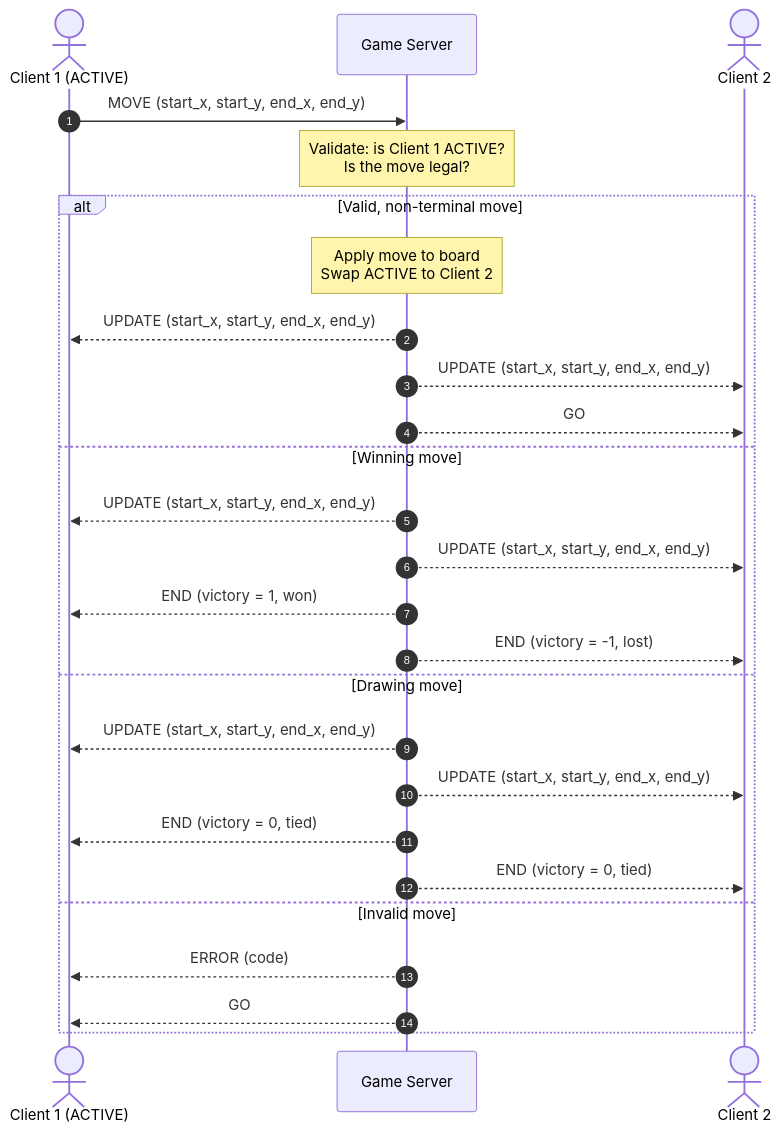
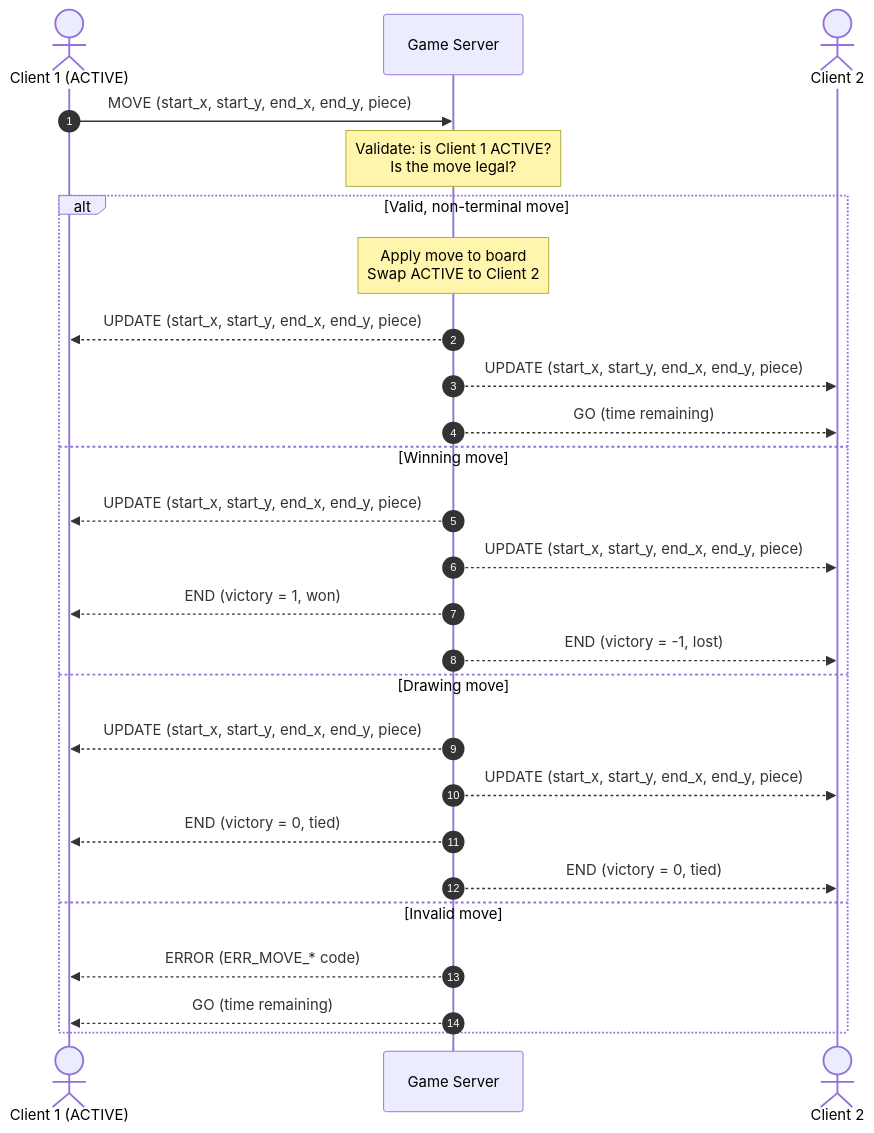
One commit to ASTNTN/Network changed the diagram in SOW.md. Above: the diagram before and after it, drawn with Mermaid. The commit also changed other lines of this file and 4 other files, not shown here.

````diff
--- a/SOW.md
+++ b/SOW.md
@@ -142,29 +241,29 @@
 ```mermaid
 sequenceDiagram
     autonumber
     actor Client1 as Client 1 (ACTIVE)
     participant Server as Game Server
     actor Client2 as Client 2
 
-    Client1->>Server: MOVE (start_x, start_y, end_x, end_y)
+    Client1->>Server: MOVE (start_x, start_y, end_x, end_y, piece)
     Note over Server: Validate: is Client 1 ACTIVE?<br>Is the move legal?
     alt Valid, non-terminal move
         Note over Server: Apply move to board<br>Swap ACTIVE to Client 2
-        Server-->>Client1: UPDATE (start_x, start_y, end_x, end_y)
-        Server-->>Client2: UPDATE (start_x, start_y, end_x, end_y)
-        Server-->>Client2: GO
+        Server-->>Client1: UPDATE (start_x, start_y, end_x, end_y, piece)
+        Server-->>Client2: UPDATE (start_x, start_y, end_x, end_y, piece)
+        Server-->>Client2: GO (time remaining)
     else Winning move
-        Server-->>Client1: UPDATE (start_x, start_y, end_x, end_y)
-        Server-->>Client2: UPDATE (start_x, start_y, end_x, end_y)
+        Server-->>Client1: UPDATE (start_x, start_y, end_x, end_y, piece)
+        Server-->>Client2: UPDATE (start_x, start_y, end_x, end_y, piece)
         Server-->>Client1: END (victory = 1, won)
         Server-->>Client2: END (victory = -1, lost)
     else Drawing move
-        Server-->>Client1: UPDATE (start_x, start_y, end_x, end_y)
-        Server-->>Client2: UPDATE (start_x, start_y, end_x, end_y)
+        Server-->>Client1: UPDATE (start_x, start_y, end_x, end_y, piece)
+        Server-->>Client2: UPDATE (start_x, start_y, end_x, end_y, piece)
         Server-->>Client1: END (victory = 0, tied)
         Server-->>Client2: END (victory = 0, tied)
     else Invalid move
-        Server-->>Client1: ERROR (code)
-        Server-->>Client1: GO
+        Server-->>Client1: ERROR (ERR_MOVE_* code)
+        Server-->>Client1: GO (time remaining)
     end
 ```
````
